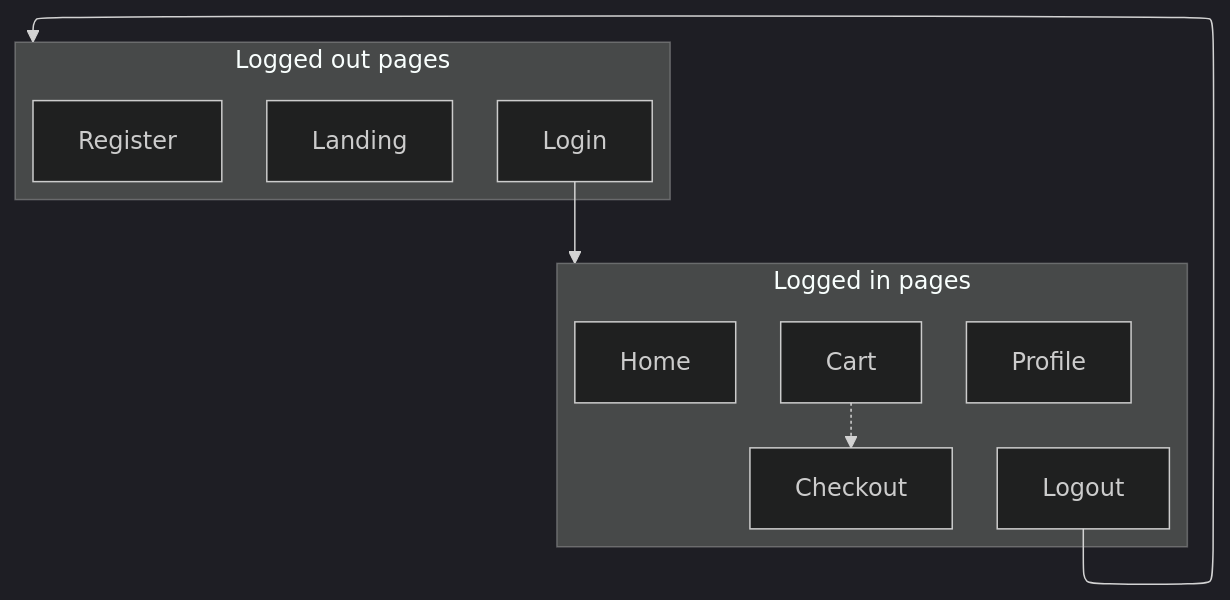
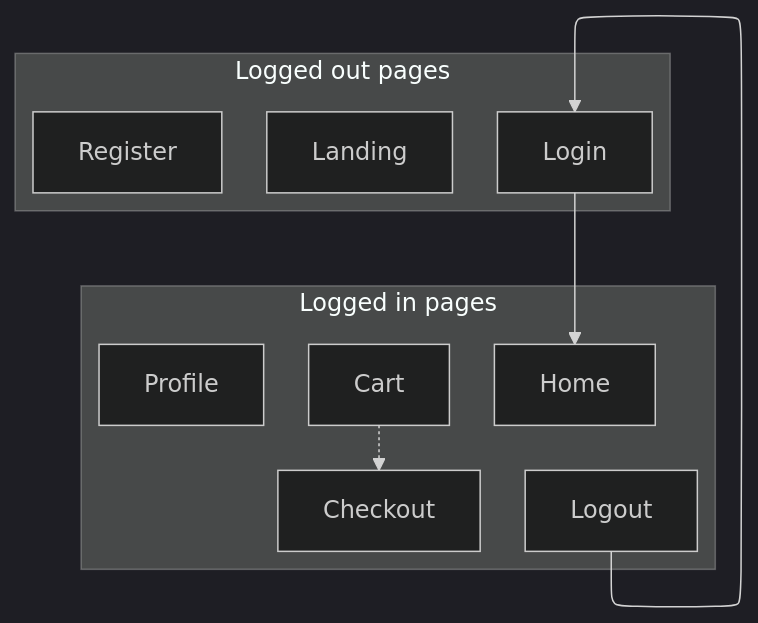
The diagram in docs/sitemap.md (Heliodex/teamworking), drawn with Mermaid (dark theme) before and after one commit.

Commit message:
Update sitemap login and logout arrows

````diff
--- a/docs/sitemap.md
+++ b/docs/sitemap.md
@@ -1,22 +1,22 @@
 ```mermaid
 ---
 config:
     layout: elk
 ---
 graph
 	subgraph loggedout [Logged out pages]
 		Landing
 		Login
 		Register
 	end
 
 	subgraph loggedin [Logged in pages]
 		Home
 		Cart-.->Checkout
 		Profile
 		Logout
 	end
 
-	Logout-->loggedout
-	Login-->loggedin
+	Logout-->Login
+	Login-->Home
 ```
````
